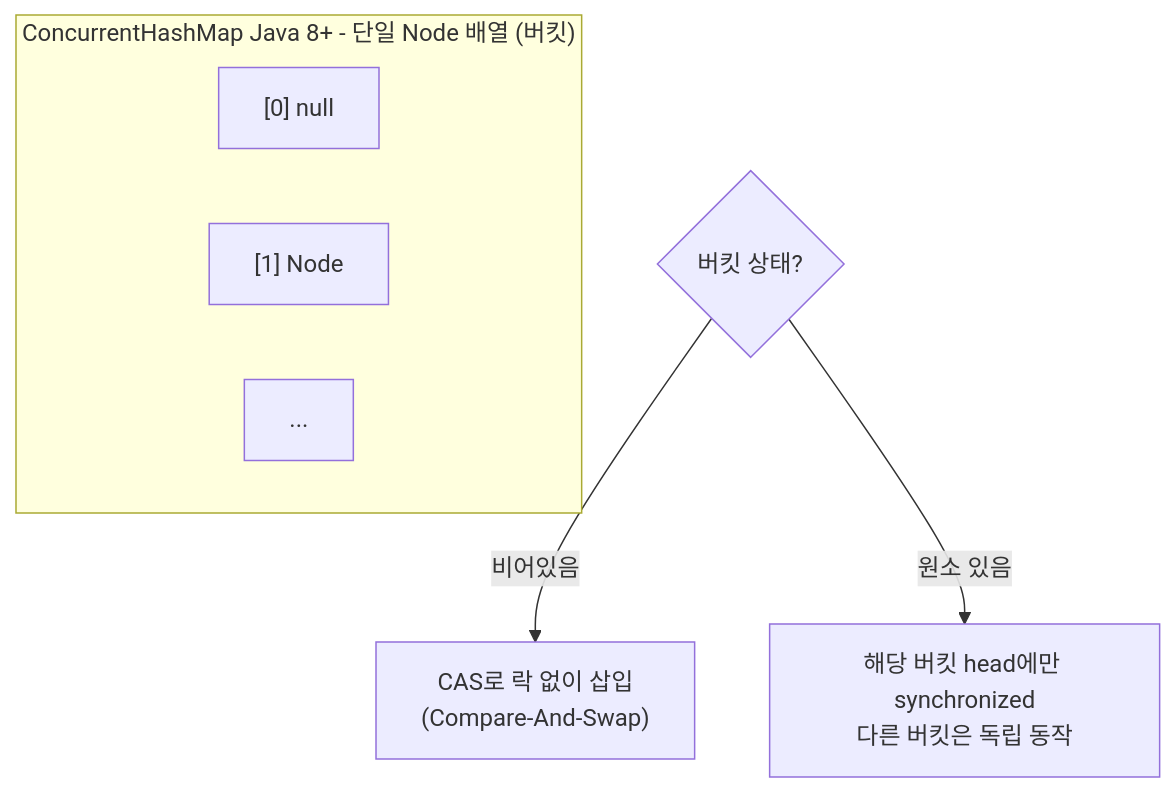
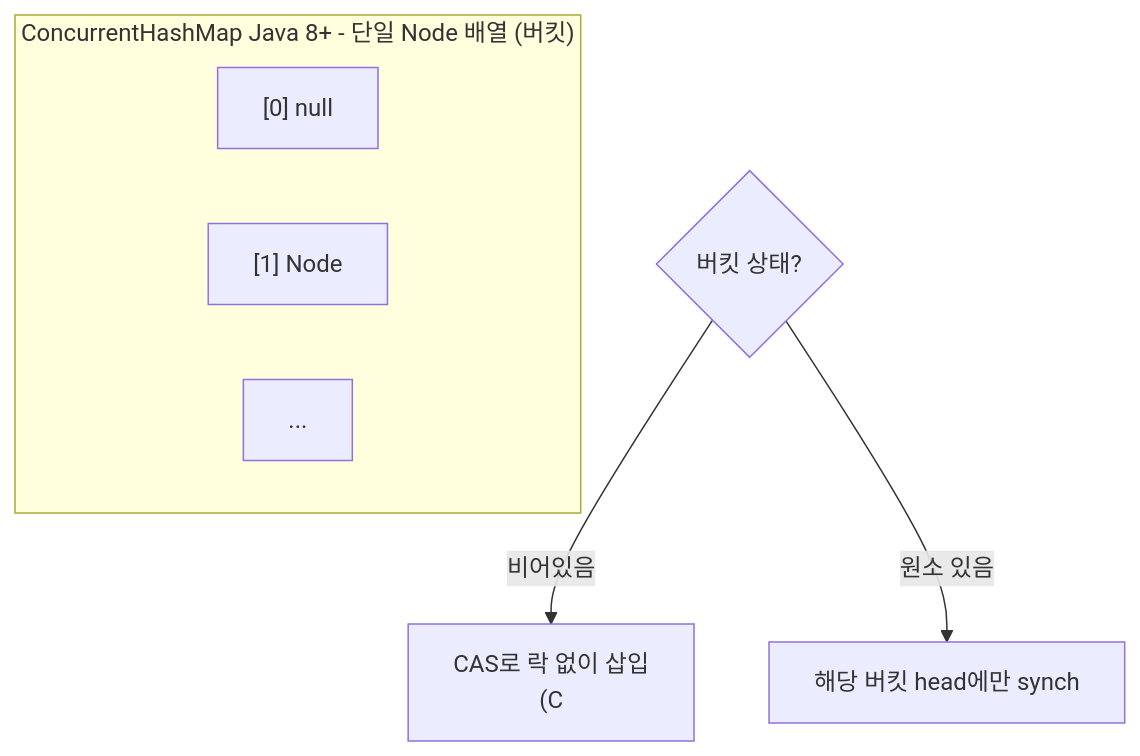
Diagram 15 of 21 in _posts/java/2026-05-01-java-collections.md (yjkim2015/yjkim2015.github.io), drawn with Mermaid before and after one commit. The commit also changed other lines of this file and 271 other files, not shown here.

First line of the commit message:
Mermaid 라벨 축소: 긴 노드 텍스트 18자 이하로 트림 + \n 제거

````diff
--- a/_posts/java/2026-05-01-java-collections.md
+++ b/_posts/java/2026-05-01-java-collections.md
@@ -624,13 +624,13 @@
 ```mermaid
 graph TD
     subgraph "ConcurrentHashMap Java 8+ - 단일 Node 배열 (버킷)"
         B0["[0] null"]
         B1["[1] Node"]
         BD["..."]
     end
     PUT{"버킷 상태?"}
-    CAS["CAS로 락 없이 삽입<br>(Compare-And-Swap)"]
-    SYNC["해당 버킷 head에만 synchronized<br>다른 버킷은 독립 동작"]
+    CAS["CAS로 락 없이 삽입<br>(C"]
+    SYNC["해당 버킷 head에만 synch"]
     PUT -->|"비어있음"| CAS
     PUT -->|"원소 있음"| SYNC
 ```
````
